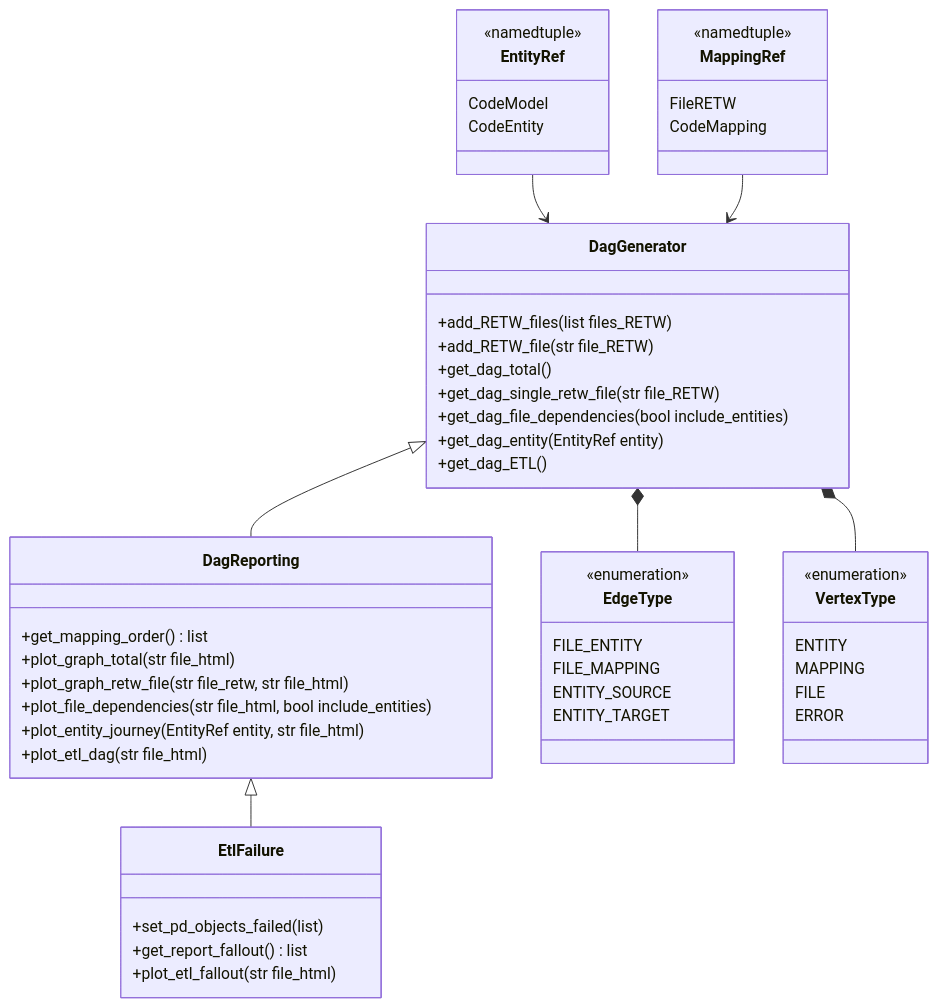
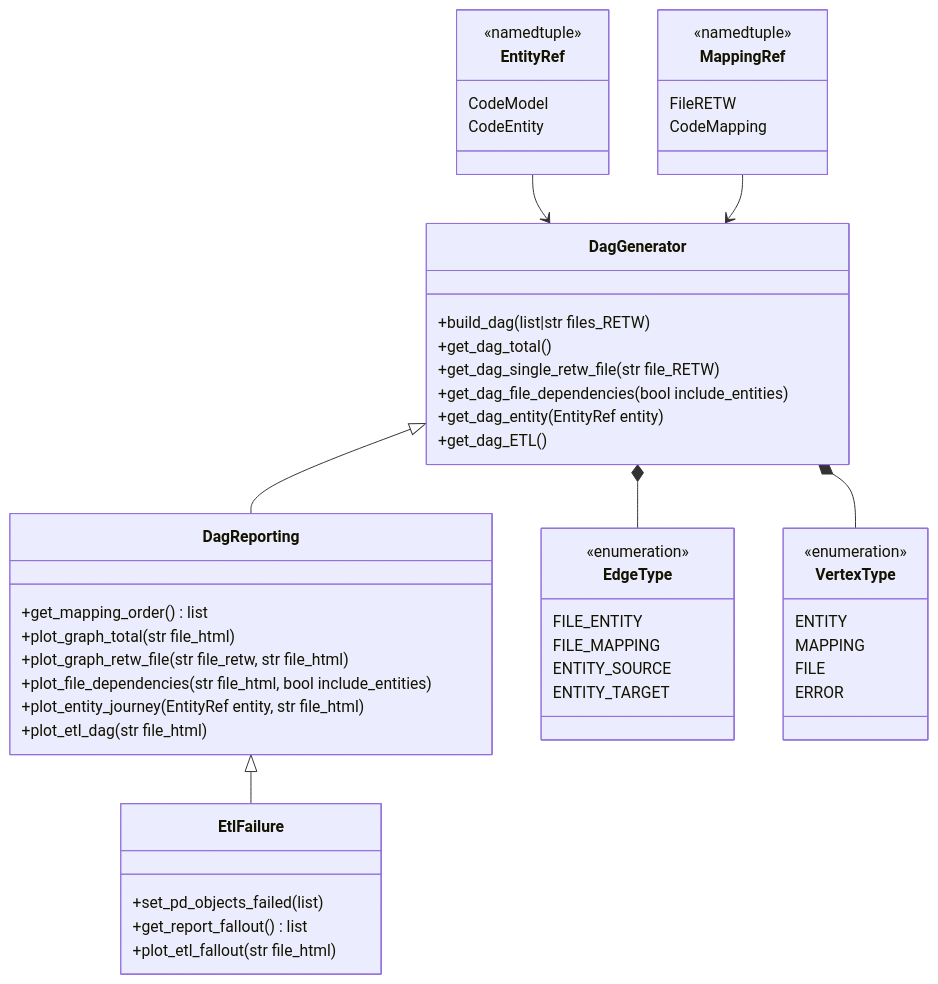
Before and after one commit to mark-me/temp: the third of 3 diagrams in etl_templates/docs/Integrator.md, drawn with Mermaid. The commit also changed other lines of this file and 5 other files, not shown here.

````diff
--- a/etl_templates/docs/Integrator.md
+++ b/etl_templates/docs/Integrator.md
@@ -207,61 +243,60 @@
 ```mermaid
 ---
   config:
     class:
       hideEmptyMembersBox: true
 ---
 classDiagram
   DagGenerator <|-- DagReporting
   DagReporting <|-- EtlFailure
   DagGenerator *-- EdgeType
   DagGenerator *-- VertexType
   EntityRef --> DagGenerator
   MappingRef --> DagGenerator
 
   class EntityRef{
     <<namedtuple>>
     CodeModel
     CodeEntity
   }
   class MappingRef{
     <<namedtuple>>
     FileRETW
     CodeMapping
   }
   class VertexType{
     <<enumeration>>
     ENTITY
     MAPPING
     FILE
     ERROR
   }
   class EdgeType{
     <<enumeration>>
     FILE_ENTITY
     FILE_MAPPING
     ENTITY_SOURCE
     ENTITY_TARGET
   }
   class DagGenerator{
-    +add_RETW_files(list files_RETW)
-    +add_RETW_file(str file_RETW)
+    +build_dag(list|str files_RETW)
     +get_dag_total()
     +get_dag_single_retw_file(str file_RETW)
     +get_dag_file_dependencies(bool include_entities)
     +get_dag_entity(EntityRef entity)
     +get_dag_ETL()
   }
   class DagReporting{
     +get_mapping_order() list
     +plot_graph_total(str file_html)
     +plot_graph_retw_file(str file_retw, str file_html)
     +plot_file_dependencies(str file_html, bool include_entities)
     +plot_entity_journey(EntityRef entity, str file_html)
     +plot_etl_dag(str file_html)
   }
   class EtlFailure{
     +set_pd_objects_failed(list)
     +get_report_fallout() list
     +plot_etl_fallout(str file_html)
   }
 ```
````
